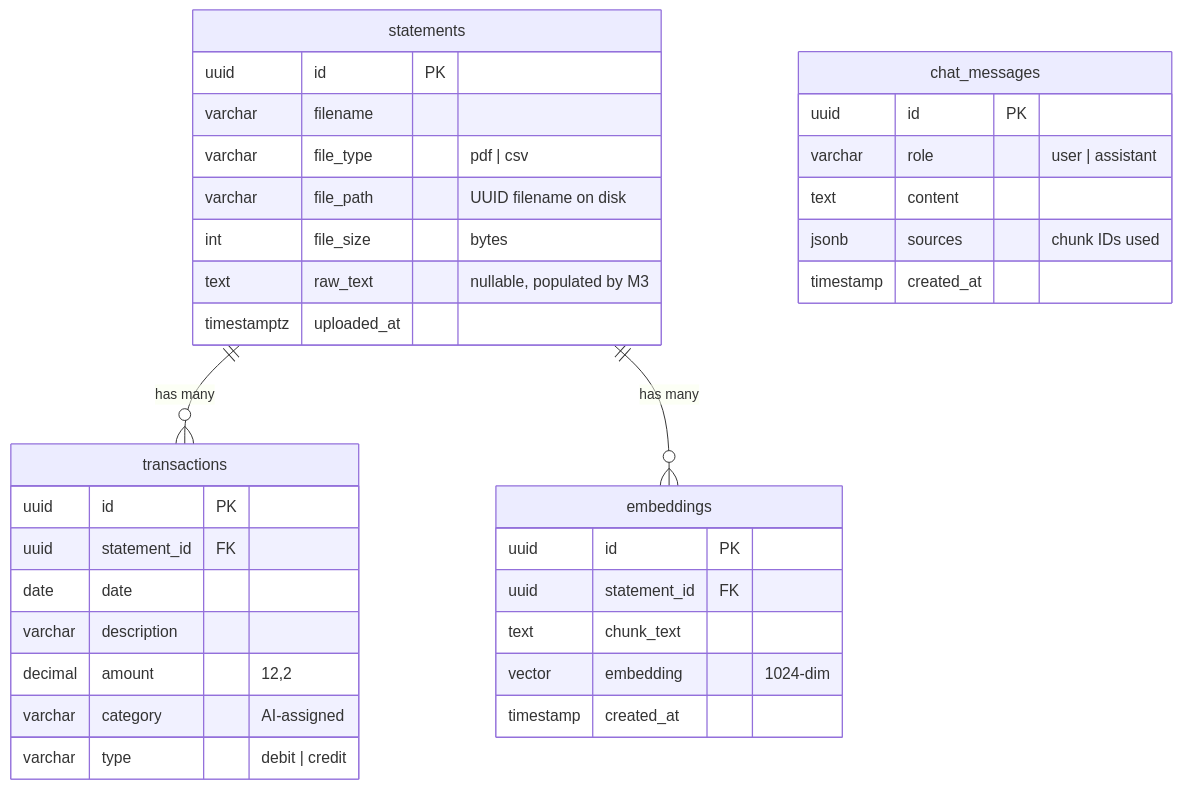
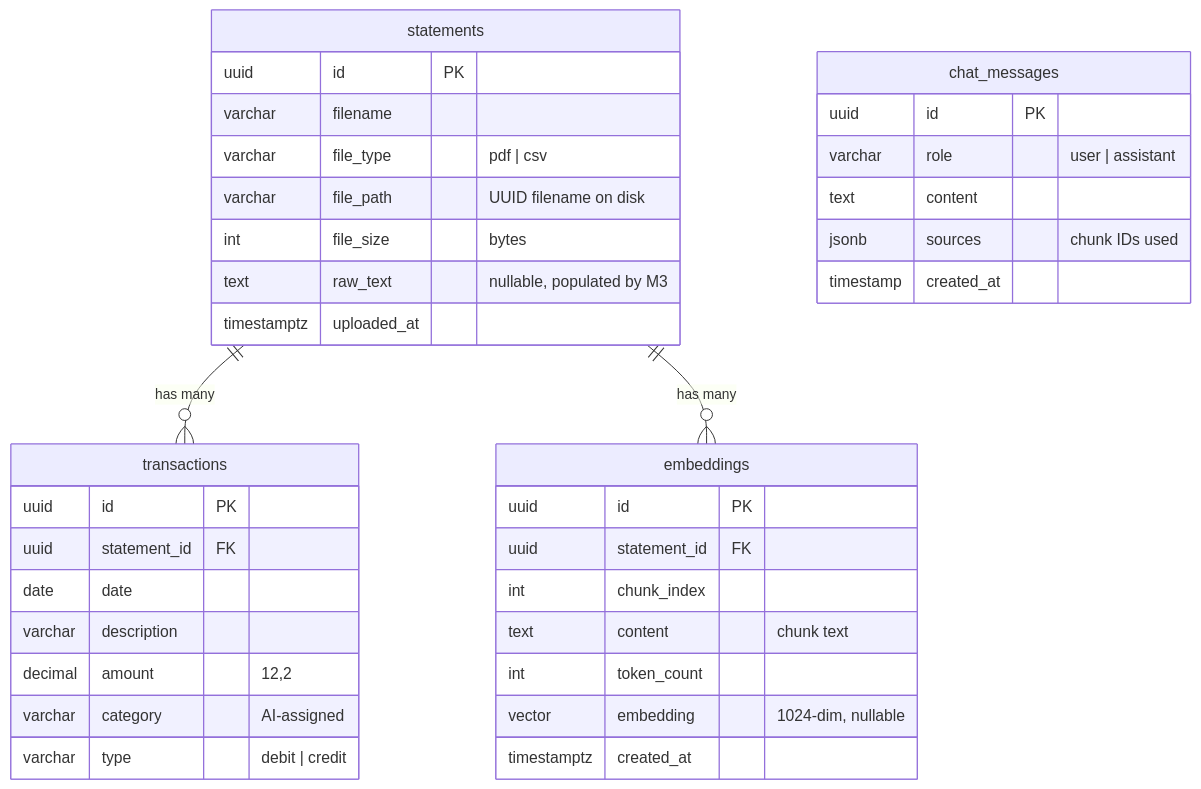
The fourth of 7 diagrams in docs/architecture.md (darth-dodo/ledger), drawn with Mermaid before and after one commit. The commit also changed other lines of this file and 45 other files, not shown here.

````diff
--- a/docs/architecture.md
+++ b/docs/architecture.md
@@ -157,41 +157,43 @@
 ```mermaid
 erDiagram
     statements {
         uuid id PK
         varchar filename
         varchar file_type "pdf | csv"
         varchar file_path "UUID filename on disk"
         int file_size "bytes"
         text raw_text "nullable, populated by M3"
         timestamptz uploaded_at
     }
 
     transactions {
         uuid id PK
         uuid statement_id FK
         date date
         varchar description
         decimal amount "12,2"
         varchar category "AI-assigned"
         varchar type "debit | credit"
     }
 
     embeddings {
         uuid id PK
         uuid statement_id FK
-        text chunk_text
-        vector embedding "1024-dim"
-        timestamp created_at
+        int chunk_index
+        text content "chunk text"
+        int token_count
+        vector embedding "1024-dim, nullable"
+        timestamptz created_at
     }
 
     chat_messages {
         uuid id PK
         varchar role "user | assistant"
         text content
         jsonb sources "chunk IDs used"
         timestamp created_at
     }
 
     statements ||--o{ transactions : "has many"
     statements ||--o{ embeddings : "has many"
 ```
````
